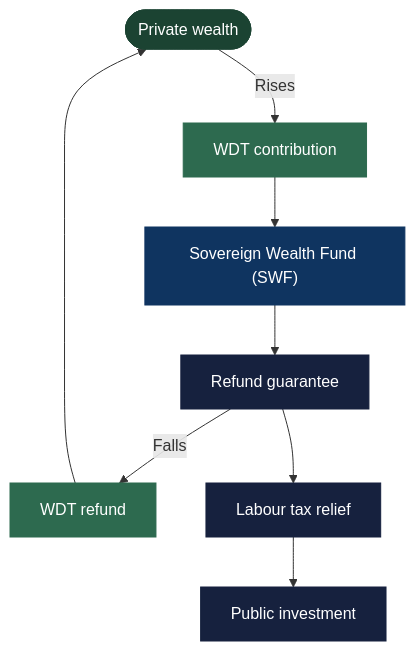
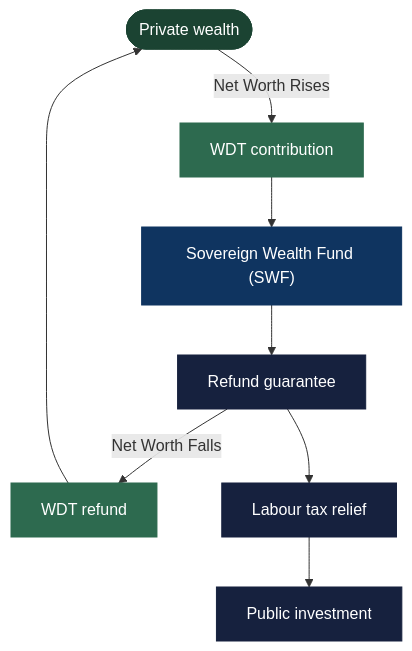
The diagram in site/diagrams/260812_WDT_Bidirectional_LR.mmd (wealthdeltatax/WealthDeltaTax), drawn with Mermaid before and after one commit.

Commit message:
I cant make up my mind

```diff
--- a/site/diagrams/260812_WDT_Bidirectional_LR.mmd
+++ b/site/diagrams/260812_WDT_Bidirectional_LR.mmd
@@ -1,33 +1,33 @@
 %%{init: {}}
   "flowchart": {}
     "nodeSpacing": 40,
     "rankSpacing": 50,
     "padding": 20,
     "htmlLabels": true,
     "useMaxWidth": true,
     "curve": "linear"
   },
   "themeVariables": {}
     "fontSize": "16px",
     "fontFamily": "Arial, sans-serif"
   }
 }}%%
 
 flowchart TD
 
 classDef wealth  fill:#1b4332,stroke:#1b4332,color:#fff
 classDef move    fill:#2d6a4f,stroke:#2d6a4f,color:#fff
 classDef fund    fill:#0f3460,stroke:#0f3460,color:#fff
 classDef out     fill:#16213e,stroke:#16213e,color:#fff
 
 WEALTH([Private wealth]):::wealth
 
-WEALTH -->|Rises| CONTRIB[WDT contribution]:::move
+WEALTH -->|Net Worth Rises| CONTRIB[WDT contribution]:::move
 
 CONTRIB --> FUND["Sovereign Wealth Fund (SWF)"]:::fund
 
 FUND --> RES[Refund guarantee]:::out
-RES  -->|Falls| REFUND[WDT refund]:::move
+RES  -->|Net Worth Falls| REFUND[WDT refund]:::move
 REFUND  --> WEALTH
 RES  --> DIV[Labour tax relief]:::out
 DIV  --> INV[Public investment]:::out
```
